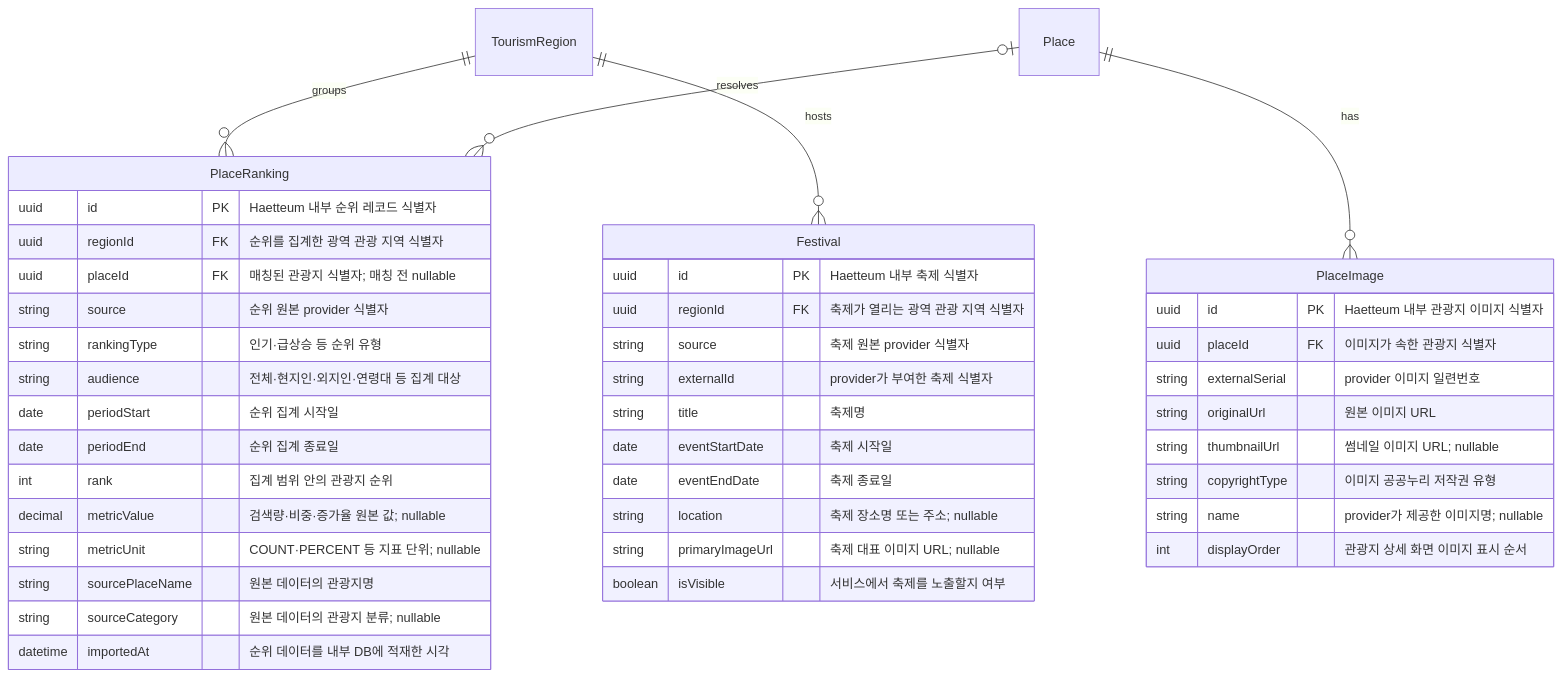
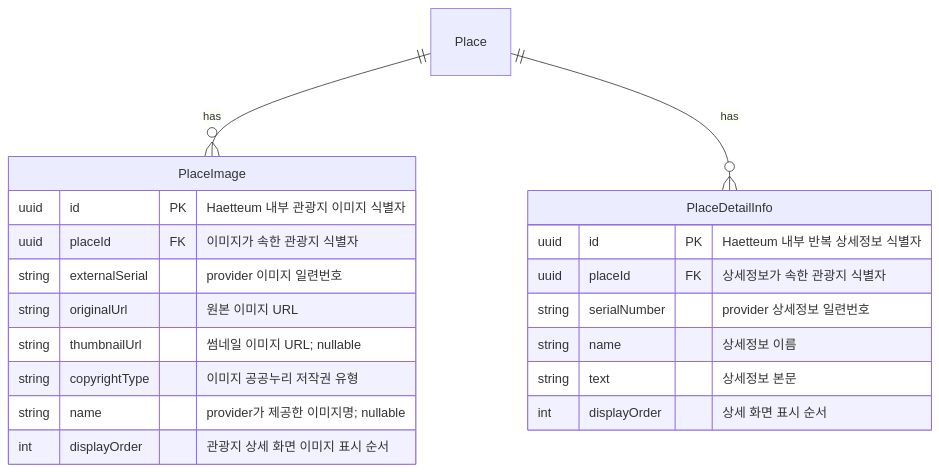
The second of 2 diagrams in docs/ERD.md (suu1006/haetteum), drawn with Mermaid before and after one commit. The commit also changed other lines of this file and 43 other files, not shown here.

````diff
--- a/docs/ERD.md
+++ b/docs/ERD.md
@@ -165,48 +229,26 @@
 ```mermaid
 erDiagram
-    TourismRegion ||--o{ PlaceRanking : groups
-    Place o|--o{ PlaceRanking : resolves
     Place ||--o{ PlaceImage : has
-    TourismRegion ||--o{ Festival : hosts
-
-    PlaceRanking {
-        uuid id PK "Haetteum 내부 순위 레코드 식별자"
-        uuid regionId FK "순위를 집계한 광역 관광 지역 식별자"
-        uuid placeId FK "매칭된 관광지 식별자; 매칭 전 nullable"
-        string source "순위 원본 provider 식별자"
-        string rankingType "인기·급상승 등 순위 유형"
-        string audience "전체·현지인·외지인·연령대 등 집계 대상"
-        date periodStart "순위 집계 시작일"
-        date periodEnd "순위 집계 종료일"
-        int rank "집계 범위 안의 관광지 순위"
-        decimal metricValue "검색량·비중·증가율 원본 값; nullable"
-        string metricUnit "COUNT·PERCENT 등 지표 단위; nullable"
-        string sourcePlaceName "원본 데이터의 관광지명"
-        string sourceCategory "원본 데이터의 관광지 분류; nullable"
-        datetime importedAt "순위 데이터를 내부 DB에 적재한 시각"
-    }
+    Place ||--o{ PlaceDetailInfo : has
 
     PlaceImage {
         uuid id PK "Haetteum 내부 관광지 이미지 식별자"
         uuid placeId FK "이미지가 속한 관광지 식별자"
         string externalSerial "provider 이미지 일련번호"
         string originalUrl "원본 이미지 URL"
         string thumbnailUrl "썸네일 이미지 URL; nullable"
         string copyrightType "이미지 공공누리 저작권 유형"
         string name "provider가 제공한 이미지명; nullable"
         int displayOrder "관광지 상세 화면 이미지 표시 순서"
     }
 
-    Festival {
-        uuid id PK "Haetteum 내부 축제 식별자"
-        uuid regionId FK "축제가 열리는 광역 관광 지역 식별자"
-        string source "축제 원본 provider 식별자"
-        string externalId "provider가 부여한 축제 식별자"
-        string title "축제명"
-        date eventStartDate "축제 시작일"
-        date eventEndDate "축제 종료일"
-        string location "축제 장소명 또는 주소; nullable"
-        string primaryImageUrl "축제 대표 이미지 URL; nullable"
-        boolean isVisible "서비스에서 축제를 노출할지 여부"
+    PlaceDetailInfo {
+        uuid id PK "Haetteum 내부 반복 상세정보 식별자"
+        uuid placeId FK "상세정보가 속한 관광지 식별자"
+        string serialNumber "provider 상세정보 일련번호"
+        string name "상세정보 이름"
+        string text "상세정보 본문"
+        int displayOrder "상세 화면 표시 순서"
     }
+
 ```
````
